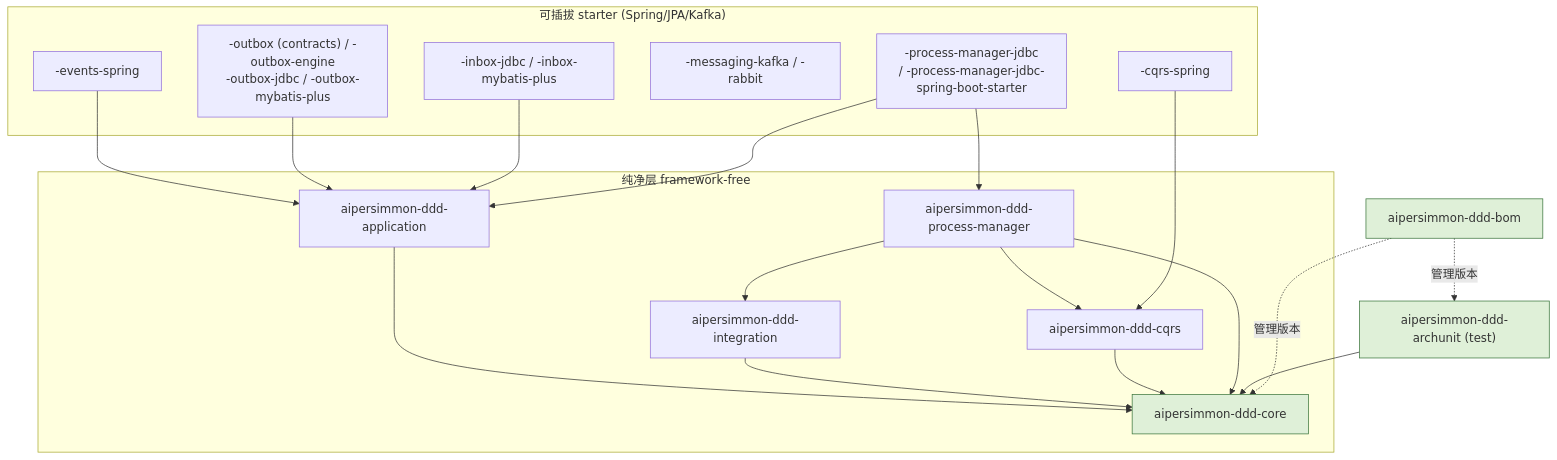
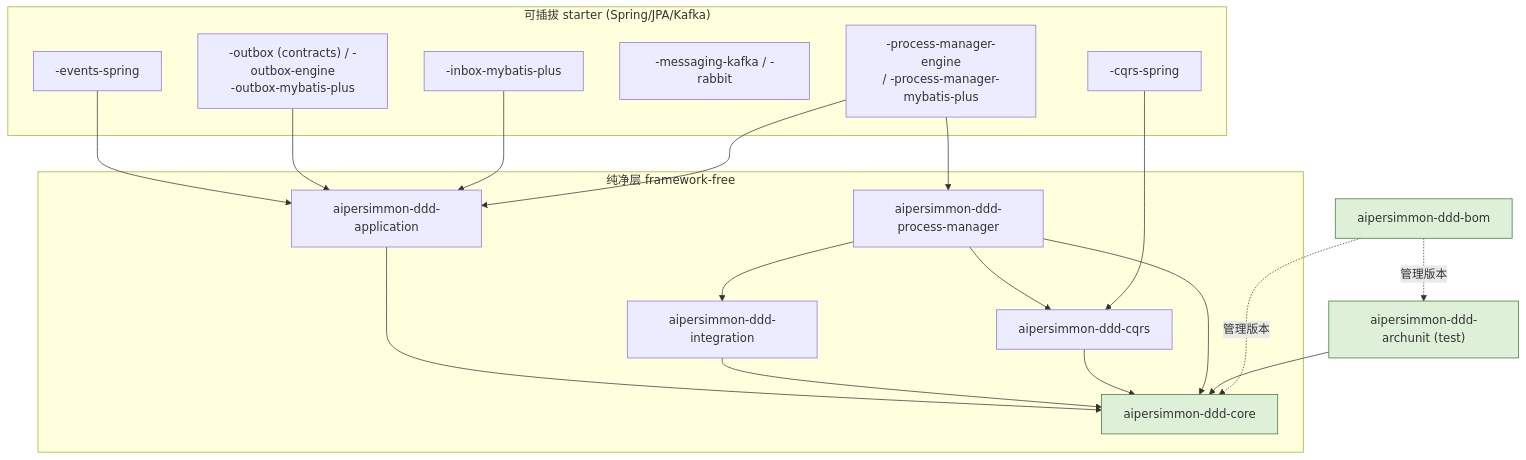
Before and after one commit to ryan-alexander-zhang/ai-native-project-template: the first of 2 diagrams in docs/design/design-00001-aipersimmon-ddd-and-scaffold.md, drawn with Mermaid. The commit also changed other lines of this file and 375 other files, not shown here.

````diff
--- a/docs/design/design-00001-aipersimmon-ddd-and-scaffold.md
+++ b/docs/design/design-00001-aipersimmon-ddd-and-scaffold.md
@@ -55,39 +55,39 @@
 ```mermaid
 flowchart TD
   subgraph pure["纯净层 framework-free"]
     core["aipersimmon-ddd-core"]
     app["aipersimmon-ddd-application"]
     integ["aipersimmon-ddd-integration"]
     cqrs["aipersimmon-ddd-cqrs"]
     processManager["aipersimmon-ddd-process-manager"]
   end
   subgraph starter["可插拔 starter (Spring/JPA/Kafka)"]
     events["-events-spring"]
-    outbox["-outbox (contracts) / -outbox-engine<br/>-outbox-jdbc / -outbox-mybatis-plus"]
-    inbox["-inbox-jdbc / -inbox-mybatis-plus"]
+    outbox["-outbox (contracts) / -outbox-engine<br/>-outbox-mybatis-plus"]
+    inbox["-inbox-mybatis-plus"]
     msg["-messaging-kafka / -rabbit"]
     cqrsSpring["-cqrs-spring"]
-    processManagerJdbc["-process-manager-jdbc<br/>/ -process-manager-jdbc-spring-boot-starter"]
+    processManagerJdbc["-process-manager-engine<br/>/ -process-manager-mybatis-plus"]
   end
   arch["aipersimmon-ddd-archunit (test)"]
   bom["aipersimmon-ddd-bom"]
 
   app --> core
   integ --> core
   cqrs --> core
   processManager --> core
   processManager --> cqrs
   processManager --> integ
   events --> app
   outbox --> app
   inbox --> app
   cqrsSpring --> cqrs
   processManagerJdbc --> processManager
   processManagerJdbc --> app
   arch --> core
   bom -. 管理版本 .-> core
   bom -. 管理版本 .-> arch
 
   classDef p1 fill:#dff0d8,stroke:#3c763d;
   class core,arch,bom p1
 ```
````
